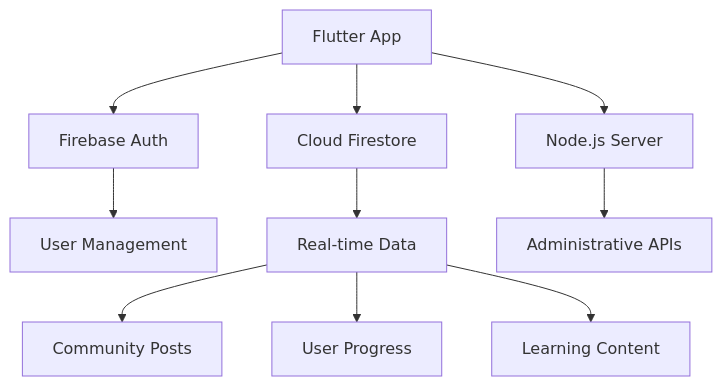
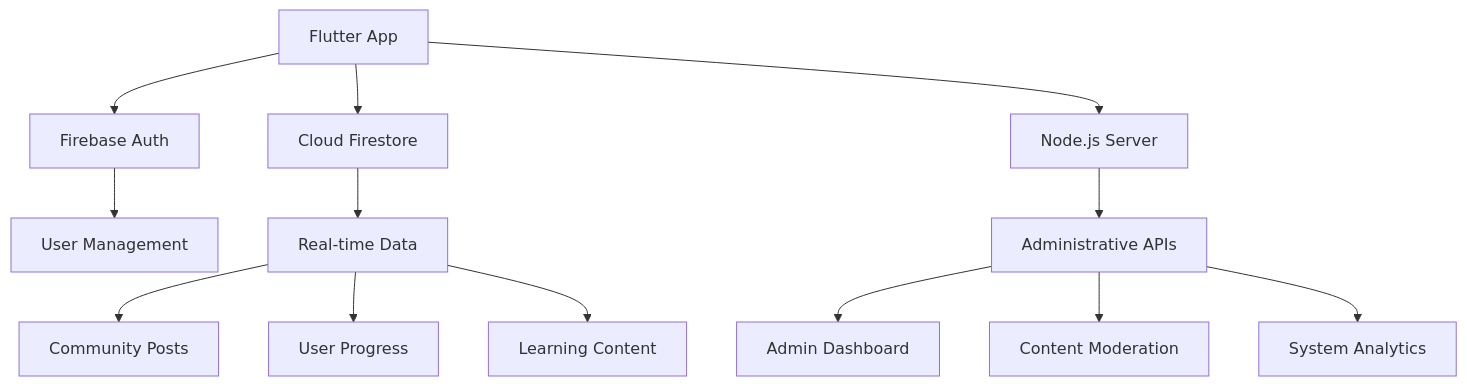
Before and after one commit to lordkign2/MIL_Hub: the diagram in README.md, drawn with Mermaid. The commit also changed other lines of this file and 3577 other files, not shown here.

````diff
--- a/README.md
+++ b/README.md
@@ -74,12 +163,15 @@
 ```mermaid
 graph TB
     A[Flutter App] --> B[Firebase Auth]
     A --> C[Cloud Firestore]
     A --> D[Node.js Server]
     B --> E[User Management]
     C --> F[Real-time Data]
     D --> G[Administrative APIs]
     F --> H[Community Posts]
     F --> I[User Progress]
     F --> J[Learning Content]
+    G --> K[Admin Dashboard]
+    G --> L[Content Moderation]
+    G --> M[System Analytics]
 ```
````
